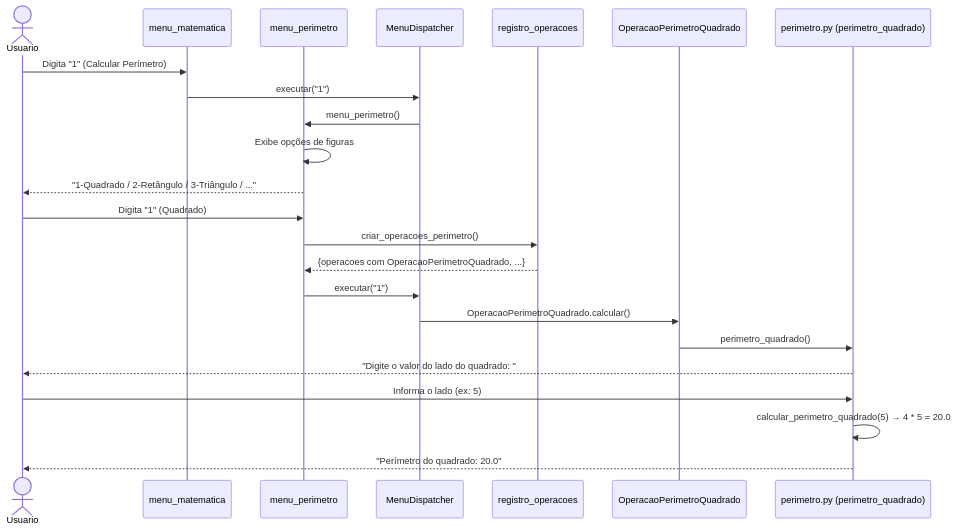
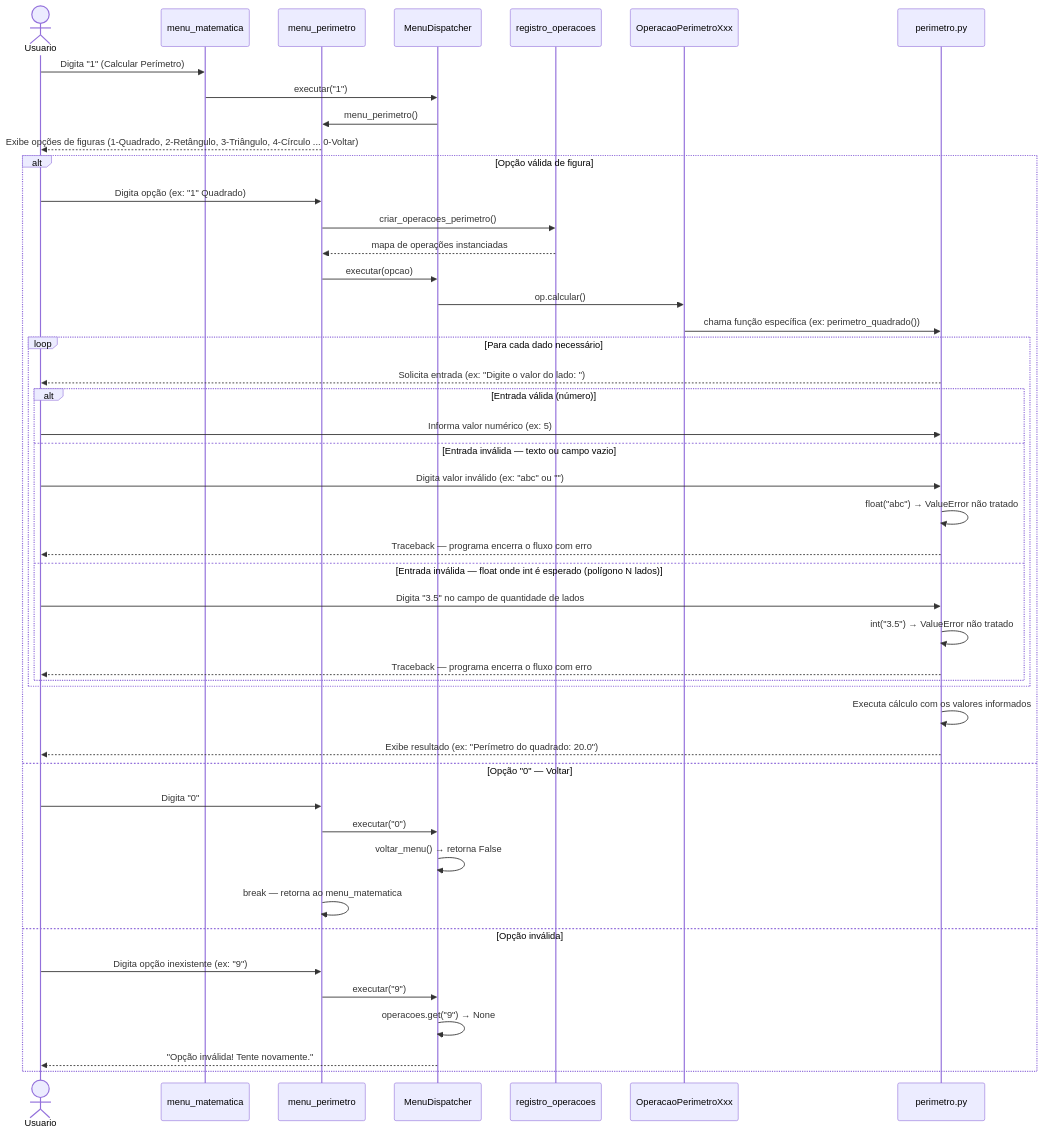
One commit to software-engineering-labs-ifrn/2026-1-Jonathan changed the diagram in Docs/Diagramas de sequência/DS_US02_CalcularPerimetro.md. Above: the diagram before and after it, drawn with Mermaid. The commit also changed other lines of this file and 10 other files, not shown here.

Commit message:
Fix: corrige diagramas

````diff
--- a/Docs/Diagramas de sequência/DS_US02_CalcularPerimetro.md
+++ b/Docs/Diagramas de sequência/DS_US02_CalcularPerimetro.md
@@ -9,27 +7,54 @@
 ```mermaid
 sequenceDiagram
     actor Usuario
     participant MenuMat as menu_matematica
     participant MenuPer as menu_perimetro
     participant Dispatcher as MenuDispatcher
     participant Registro as registro_operacoes
-    participant Op as OperacaoPerimetroQuadrado
-    participant Calc as perimetro.py (perimetro_quadrado)
+    participant Op as OperacaoPerimetroXxx
+    participant Calc as perimetro.py
 
     Usuario->>MenuMat: Digita "1" (Calcular Perímetro)
     MenuMat->>Dispatcher: executar("1")
     Dispatcher->>MenuPer: menu_perimetro()
-    MenuPer->>MenuPer: Exibe opções de figuras
-    MenuPer-->>Usuario: "1-Quadrado / 2-Retângulo / 3-Triângulo / ..."
+    MenuPer-->>Usuario: Exibe opções de figuras (1-Quadrado, 2-Retângulo, 3-Triângulo, 4-Círculo ... 0-Voltar)
 
-    Usuario->>MenuPer: Digita "1" (Quadrado)
-    MenuPer->>Registro: criar_operacoes_perimetro()
-    Registro-->>MenuPer: {operacoes com OperacaoPerimetroQuadrado, ...}
-    MenuPer->>Dispatcher: executar("1")
-    Dispatcher->>Op: OperacaoPerimetroQuadrado.calcular()
-    Op->>Calc: perimetro_quadrado()
-    Calc-->>Usuario: "Digite o valor do lado do quadrado: "
-    Usuario->>Calc: Informa o lado (ex: 5)
-    Calc->>Calc: calcular_perimetro_quadrado(5) → 4 * 5 = 20.0
-    Calc-->>Usuario: "Perímetro do quadrado: 20.0"
+    alt Opção válida de figura
+        Usuario->>MenuPer: Digita opção (ex: "1" Quadrado)
+        MenuPer->>Registro: criar_operacoes_perimetro()
+        Registro-->>MenuPer: mapa de operações instanciadas
+        MenuPer->>Dispatcher: executar(opcao)
+        Dispatcher->>Op: op.calcular()
+        Op->>Calc: chama função específica (ex: perimetro_quadrado())
+
+        loop Para cada dado necessário
+            Calc-->>Usuario: Solicita entrada (ex: "Digite o valor do lado: ")
+            alt Entrada válida (número)
+                Usuario->>Calc: Informa valor numérico (ex: 5)
+            else Entrada inválida — texto ou campo vazio
+                Usuario->>Calc: Digita valor inválido (ex: "abc" ou "")
+                Calc->>Calc: float("abc") → ValueError não tratado
+                Calc-->>Usuario: Traceback — programa encerra o fluxo com erro
+            else Entrada inválida — float onde int é esperado (polígono N lados)
+                Usuario->>Calc: Digita "3.5" no campo de quantidade de lados
+                Calc->>Calc: int("3.5") → ValueError não tratado
+                Calc-->>Usuario: Traceback — programa encerra o fluxo com erro
+            end
+        end
+
+        Calc->>Calc: Executa cálculo com os valores informados
+        Calc-->>Usuario: Exibe resultado (ex: "Perímetro do quadrado: 20.0")
+
+    else Opção "0" — Voltar
+        Usuario->>MenuPer: Digita "0"
+        MenuPer->>Dispatcher: executar("0")
+        Dispatcher->>Dispatcher: voltar_menu() → retorna False
+        MenuPer->>MenuPer: break — retorna ao menu_matematica
+
+    else Opção inválida
+        Usuario->>MenuPer: Digita opção inexistente (ex: "9")
+        MenuPer->>Dispatcher: executar("9")
+        Dispatcher->>Dispatcher: operacoes.get("9") → None
+        Dispatcher-->>Usuario: "Opção inválida! Tente novamente."
+    end
 ```
````
